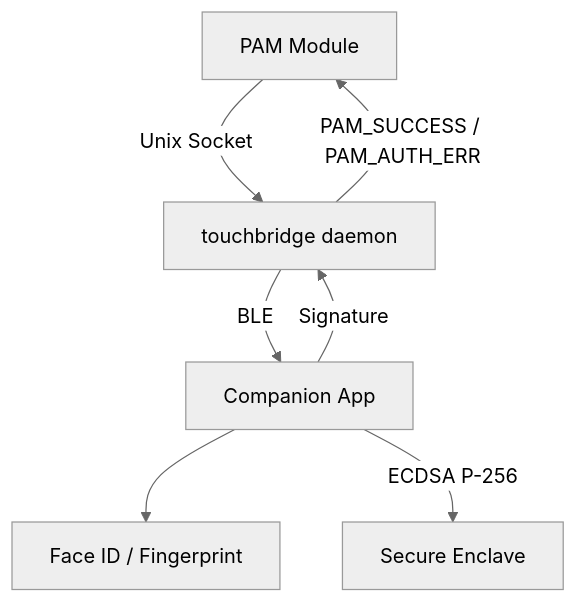
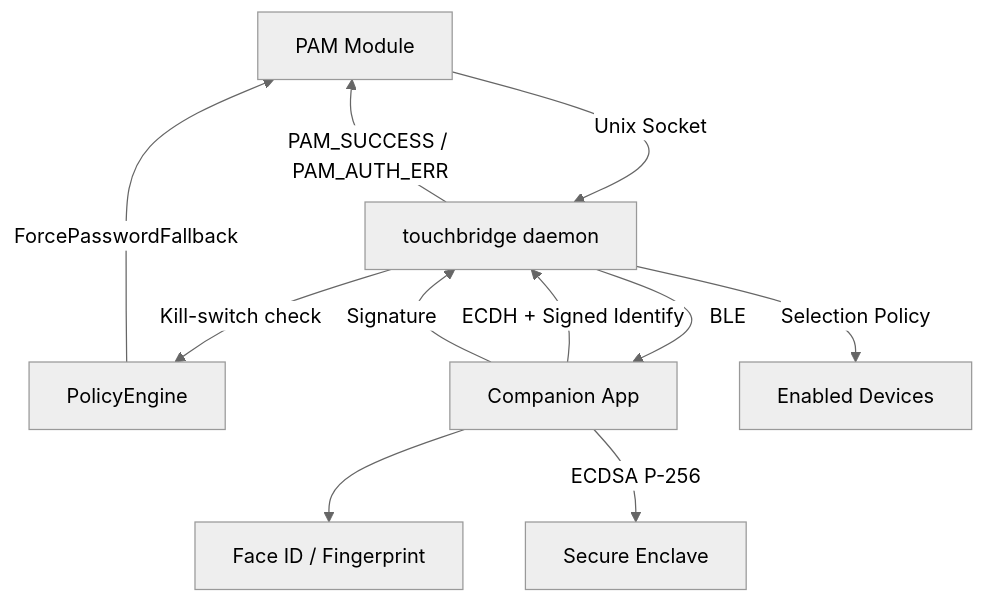
One commit to whjvenyl/touch-bridge changed the diagram in docs/docs/architecture/architecture.mdx. Above: the diagram before and after it, drawn with Mermaid (neutral theme). The commit also changed other lines of this file and 5 other files, not shown here.

First line of the commit message:
Add comprehensive architecture review document with current system state, completed fixes, and prioritized recommendations

````diff
--- a/docs/docs/architecture/architecture.mdx
+++ b/docs/docs/architecture/architecture.mdx
@@ -13,9 +13,13 @@
 ```mermaid
 flowchart TD
   PAM[PAM Module] -->|Unix Socket| Daemon[touchbridge daemon]
+  Daemon -->|Kill-switch check| Policy[PolicyEngine]
+  Policy -->|ForcePasswordFallback| PAM
   Daemon -->|BLE| Companion[Companion App]
+  Companion -->|ECDH + Signed Identify| Daemon
   Companion --> Biometric[Face ID / Fingerprint]
   Companion -->|ECDSA P-256| SE[Secure Enclave]
   Companion -->|Signature| Daemon
+  Daemon -->|Selection Policy| Targets[Enabled Devices]
   Daemon -->|PAM_SUCCESS / PAM_AUTH_ERR| PAM
 ```
````
